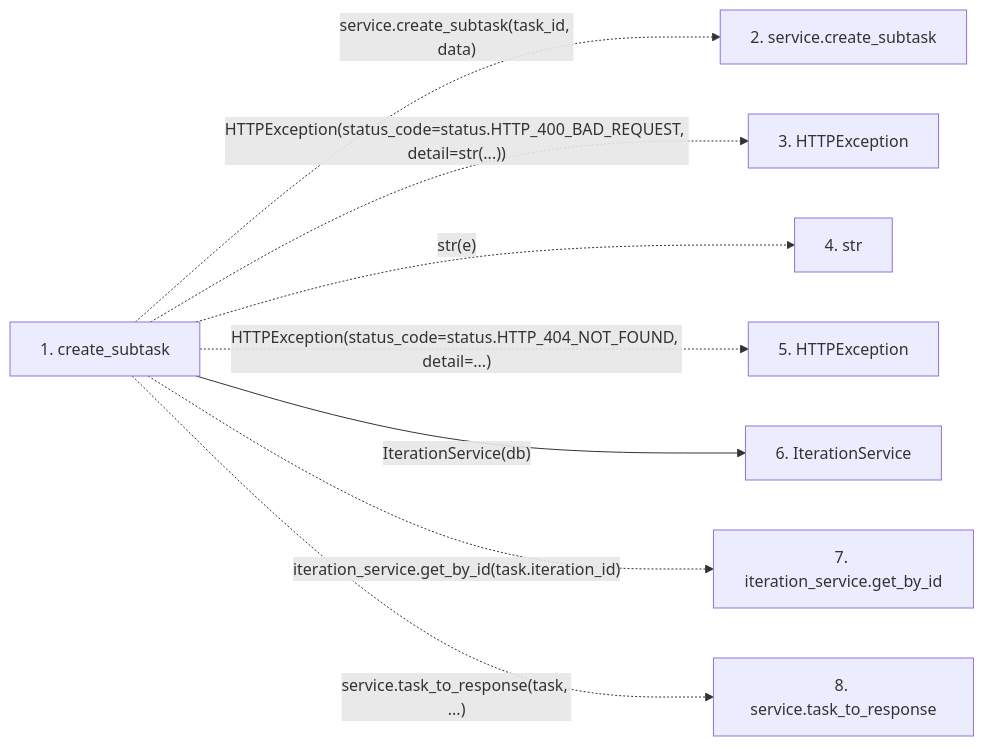
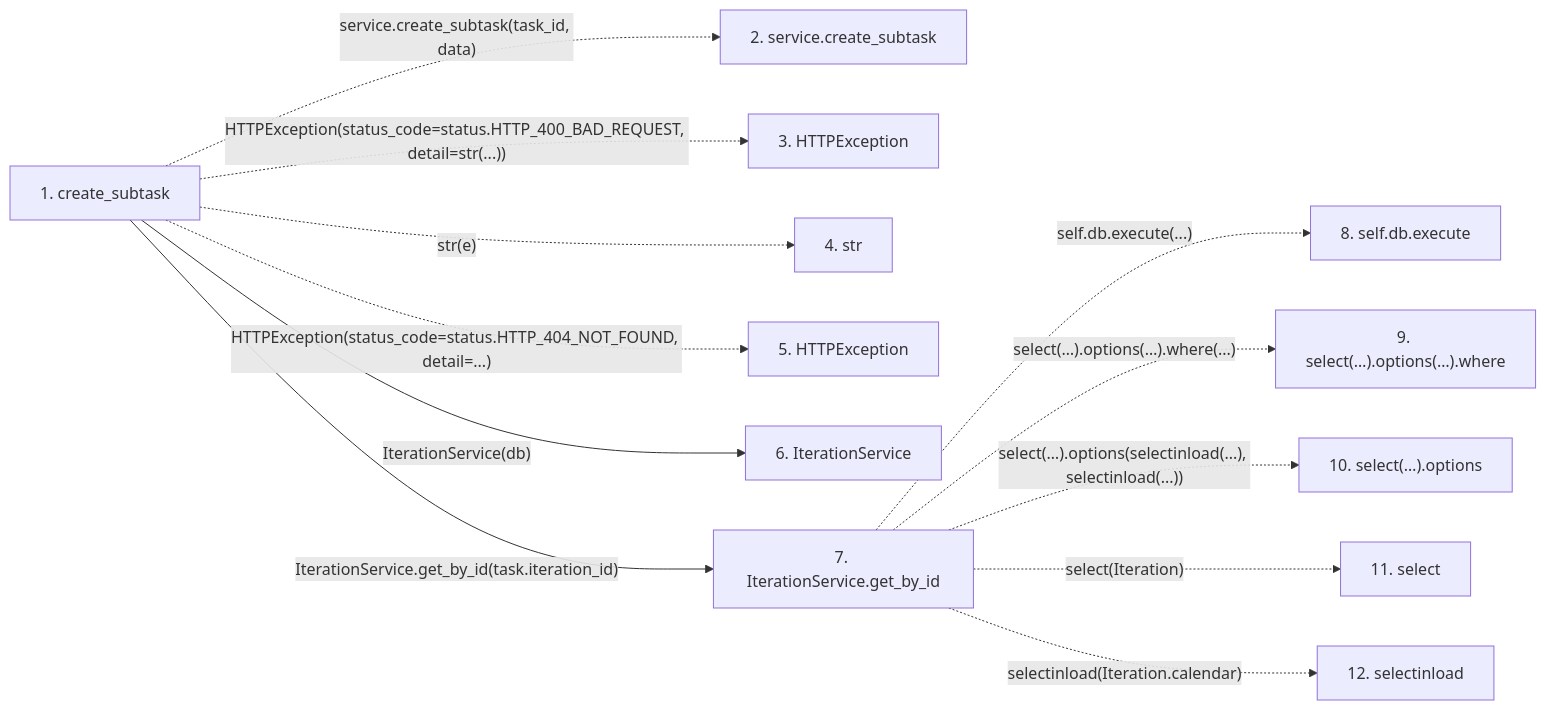
Before and after one commit to Denissvgn/WorkChord: the second of 2 diagrams in docs/llm_wiki/flows/http-create_subtask.md, drawn with Mermaid. The commit also changed other lines of this file and 25171 other files, not shown here.

````diff
--- a/docs/llm_wiki/flows/http-create_subtask.md
+++ b/docs/llm_wiki/flows/http-create_subtask.md
@@ -31,20 +78,29 @@
 ```mermaid
 flowchart LR
     s1["1. create_subtask"]
     s2["2. service.create_subtask"]
     s3["3. HTTPException"]
     s4["4. str"]
     s5["5. HTTPException"]
     s6["6. IterationService"]
-    s7["7. iteration_service.get_by_id"]
-    s8["8. service.task_to_response"]
+    s7["7. IterationService.get_by_id"]
+    s8["8. self.db.execute"]
+    s9["9. select(…).options(…).where"]
+    s10["10. select(…).options"]
+    s11["11. select"]
+    s12["12. selectinload"]
     s1 -. "service.create_subtask(task_id, data)" .-> s2
     s1 -. "HTTPException(status_code=status.HTTP_400_BAD_REQUEST, detail=str(...))" .-> s3
     s1 -. "str(e)" .-> s4
     s1 -. "HTTPException(status_code=status.HTTP_404_NOT_FOUND, detail=...)" .-> s5
     s1 -->|"IterationService(db)"| s6
-    s1 -. "iteration_service.get_by_id(task.iteration_id)" .-> s7
-    s1 -. "service.task_to_response(task, ...)" .-> s8
+    s1 -->|"IterationService.get_by_id(task.iteration_id)"| s7
+    s7 -. "self.db.execute(...)" .-> s8
+    s7 -. "select(…).options(…).where(...)" .-> s9
+    s7 -. "select(…).options(selectinload(...), selectinload(...))" .-> s10
+    s7 -. "select(Iteration)" .-> s11
+    s7 -. "selectinload(Iteration.calendar)" .-> s12
     click s1 "../modules/tasks.md"
     click s6 "../modules/iteration_service.md"
+    click s7 "../modules/iteration_service.md"
 ```
````
